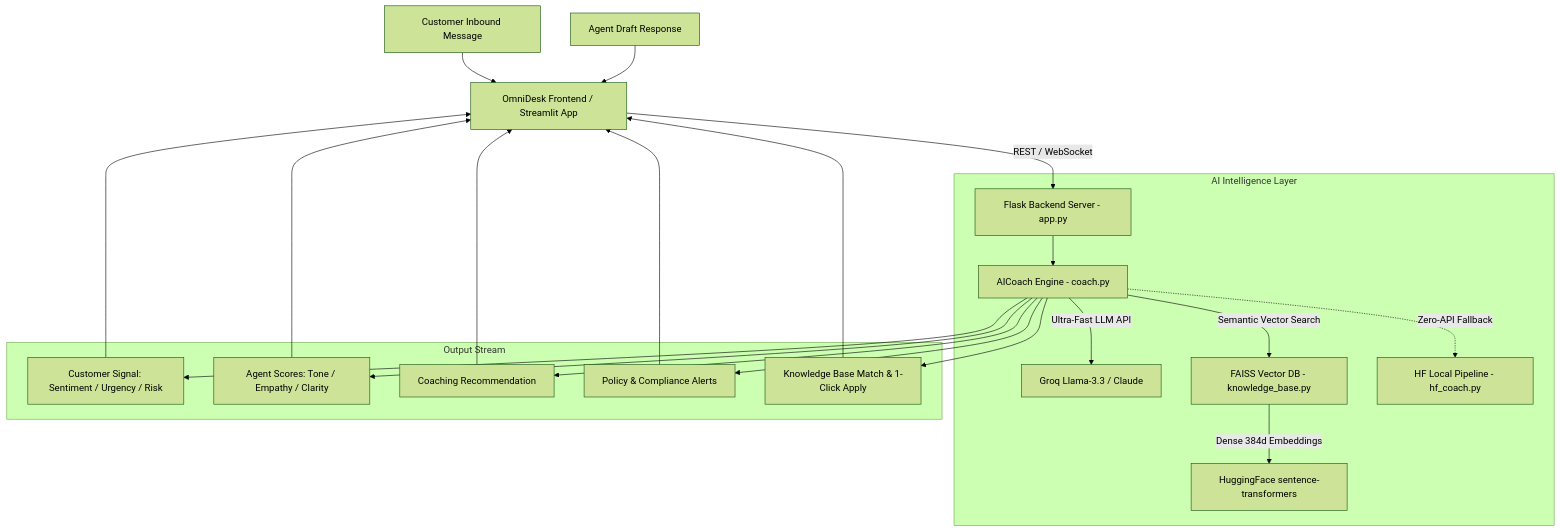
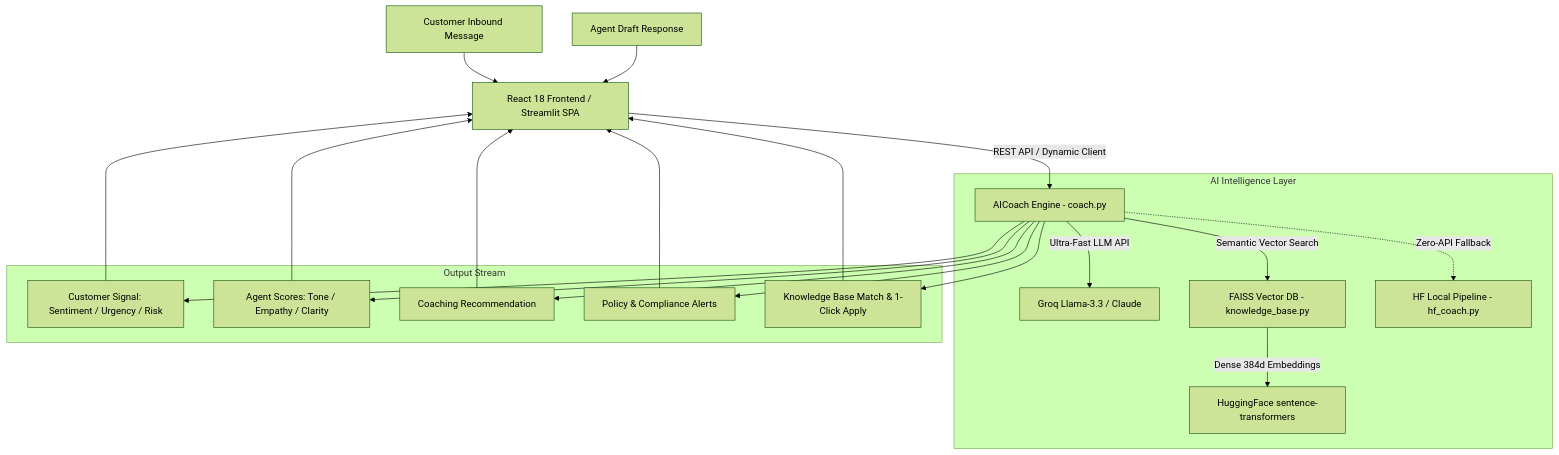
Before and after one commit to Guptanshu44/Customer-support-assistant: the diagram in PROJECT.md, drawn with Mermaid (forest theme). The commit also changed other lines of this file and 4 other files, not shown here.

````diff
--- a/PROJECT.md
+++ b/PROJECT.md
@@ -58,25 +59,24 @@
 ```mermaid
 graph TD
-    A[Customer Inbound Message] --> B[OmniDesk Frontend / Streamlit App]
+    A[Customer Inbound Message] --> B[React 18 Frontend / Streamlit SPA]
     C[Agent Draft Response] --> B
     
-    B -->|REST / WebSocket| D[Flask Backend Server - app.py]
+    B -->|REST API / Dynamic Client| D[AICoach Engine - coach.py]
     
     subgraph AI Intelligence Layer
-        D --> E[AICoach Engine - coach.py]
-        E -->|Ultra-Fast LLM API| F[Groq Llama-3.3 / Claude]
-        E -->|Semantic Vector Search| G[FAISS Vector DB - knowledge_base.py]
-        G -->|Dense 384d Embeddings| H[HuggingFace sentence-transformers]
-        E -.->|Zero-API Fallback| I[HF Local Pipeline - hf_coach.py]
+        D -->|Ultra-Fast LLM API| E[Groq Llama-3.3 / Claude]
+        D -->|Semantic Vector Search| F[FAISS Vector DB - knowledge_base.py]
+        F -->|Dense 384d Embeddings| G[HuggingFace sentence-transformers]
+        D -.->|Zero-API Fallback| H[HF Local Pipeline - hf_coach.py]
     end
     
     subgraph Output Stream
-        E --> J[Customer Signal: Sentiment / Urgency / Risk]
-        E --> K[Agent Scores: Tone / Empathy / Clarity]
-        E --> L[Coaching Recommendation]
-        E --> M[Policy & Compliance Alerts]
-        E --> N[Knowledge Base Match & 1-Click Apply]
+        D --> I[Customer Signal: Sentiment / Urgency / Risk]
+        D --> J[Agent Scores: Tone / Empathy / Clarity]
+        D --> K[Coaching Recommendation]
+        D --> L[Policy & Compliance Alerts]
+        D --> M[Knowledge Base Match & 1-Click Apply]
     end
     
-    J & K & L & M & N --> B
+    I & J & K & L & M --> B
 ```
````
